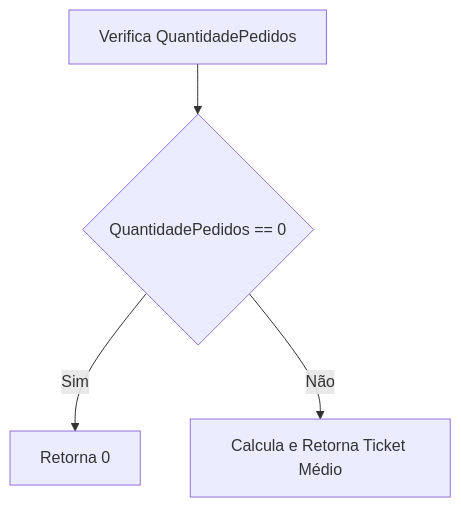
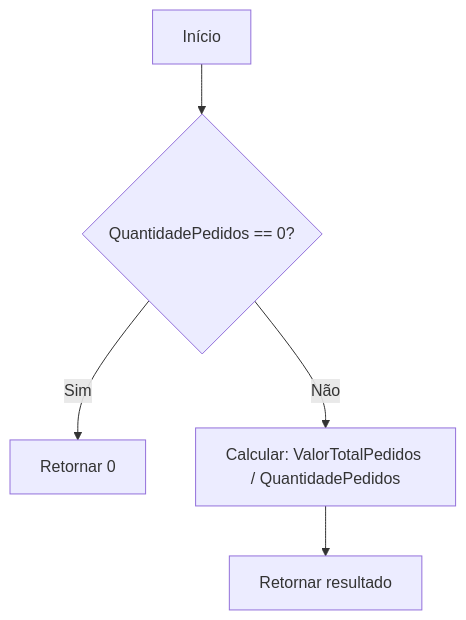
Before and after one commit to IsthmusSistemas/documentacao-tecnica: the second of 3 diagrams in docs/b2b-dominio/IsthmusWinthor.Nucleo/IsthmusWinthor.Dominio/Analytics/Pedidos/DadosConversao.md, drawn with Mermaid. The commit also changed other lines of this file and 882 other files, not shown here.

````diff
--- a/docs/b2b-dominio/IsthmusWinthor.Nucleo/IsthmusWinthor.Dominio/Analytics/Pedidos/DadosConversao.md
+++ b/docs/b2b-dominio/IsthmusWinthor.Nucleo/IsthmusWinthor.Dominio/Analytics/Pedidos/DadosConversao.md
@@ -54,6 +36,7 @@
 ```mermaid
 flowchart TD
-    A[Verifica QuantidadePedidos] --> B{QuantidadePedidos == 0}
-    B -->|Sim| C[Retorna 0]
-    B -->|Não| D[Calcula e Retorna Ticket Médio]
+    A[Início] --> B{"QuantidadePedidos == 0?"}
+    B -- Sim --> C[Retornar 0]
+    B -- Não --> D[Calcular: ValorTotalPedidos / QuantidadePedidos]
+    D --> E[Retornar resultado]
 ```
````
